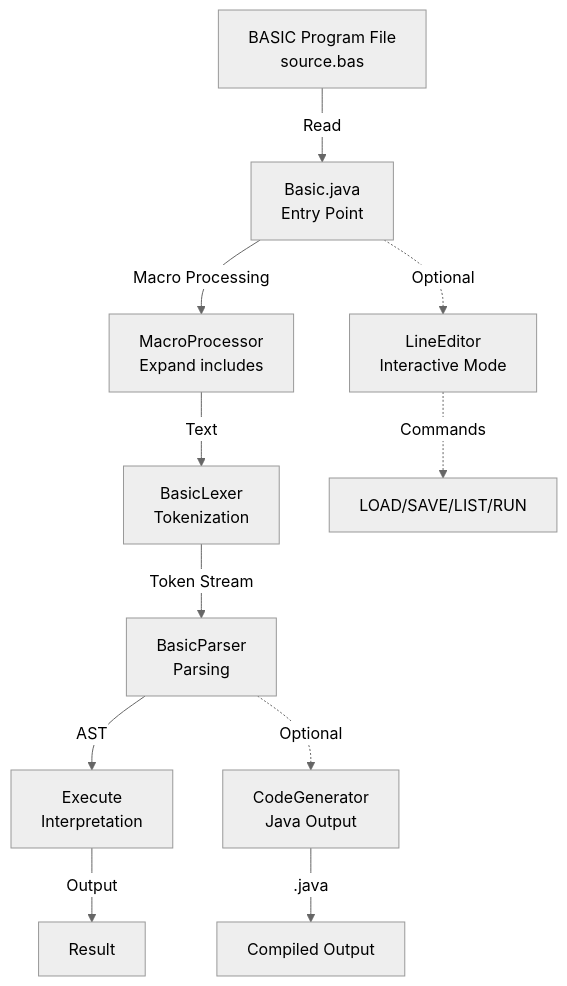
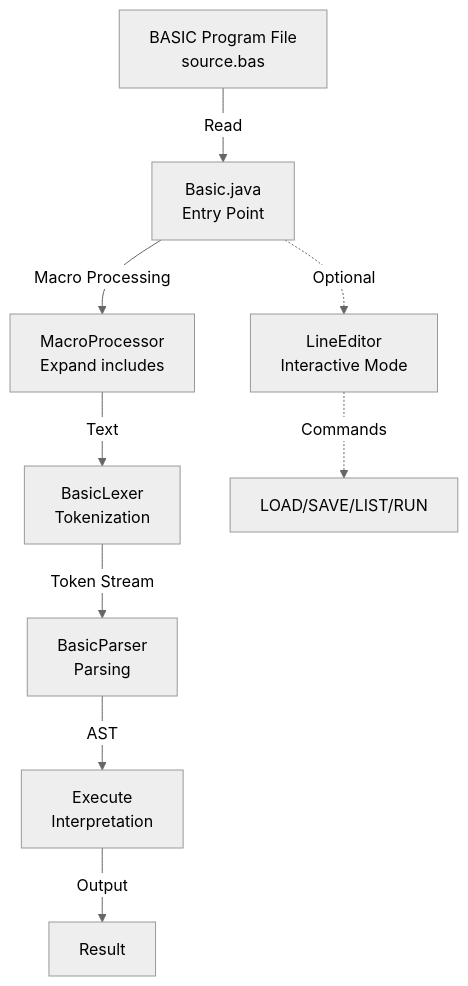
Before and after one commit to andreas-grimm/GD-BASIC: the diagram in doc/ARCHITECTURE.md, drawn with Mermaid (neutral theme). The commit also changed other lines of this file and 122 other files, not shown here.

````diff
--- a/doc/ARCHITECTURE.md
+++ b/doc/ARCHITECTURE.md
@@ -9,15 +9,12 @@
 ```mermaid
 graph TD
     A["BASIC Program File<br/>source.bas"] -->|"Read"| B["Basic.java<br/>Entry Point"]
     B -->|"Macro Processing"| C["MacroProcessor<br/>Expand includes"]
     C -->|"Text"| D["BasicLexer<br/>Tokenization"]
     D -->|"Token Stream"| E["BasicParser<br/>Parsing"]
     E -->|"AST"| F["Execute<br/>Interpretation"]
     F -->|"Output"| G["Result"]
     
     B -.->|"Optional"| H["LineEditor<br/>Interactive Mode"]
     H -.->|"Commands"| I["LOAD/SAVE/LIST/RUN"]
-    
-    E -.->|"Optional"| J["CodeGenerator<br/>Java Output"]
-    J -->|".java"| K["Compiled Output"]
 ```
````
